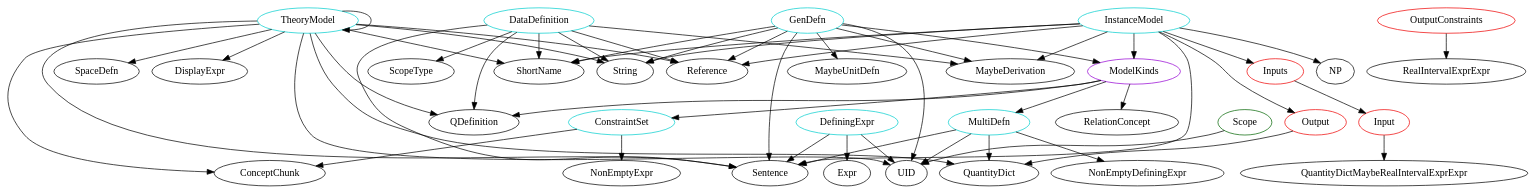
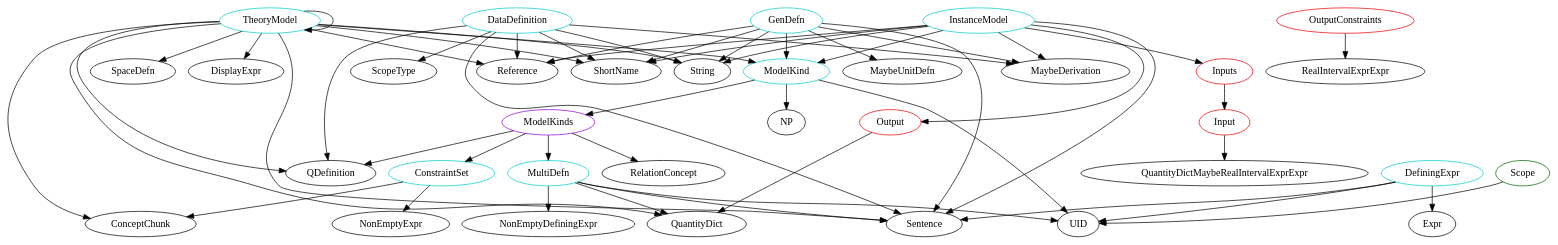
Before and after one commit to JacquesCarette/Drasil: the diagram in analysis/TypeDependencyGraphs/theory.dot, drawn with Graphviz. The commit also changed 622 other files, not shown here.

```diff
--- a/analysis/TypeDependencyGraphs/theory.dot
+++ b/analysis/TypeDependencyGraphs/theory.dot
@@ -1,114 +1,118 @@
 digraph alltypes {
 	subgraph teoryconcepths {
 	}
 	subgraph clasess {
 	}
 	subgraph contraintsets {
 		subgraph constraintset{
 		ConstraintSet -> ConceptChunk;
 		ConstraintSet -> NonEmptyExpr;
 		ConstraintSet	[shape=oval, color=cyan3, label=ConstraintSet];
 		}
 	}
 	subgraph datadefinition {
 		subgraph datadefinition{
 		DataDefinition -> QDefinition;
 		DataDefinition -> ScopeType;
 		DataDefinition -> Reference;
 		DataDefinition -> MaybeDerivation;
 		DataDefinition -> ShortName;
 		DataDefinition -> String;
 		DataDefinition -> Sentence;
 		DataDefinition	[shape=oval, color=cyan3, label=DataDefinition];
 		}
 		subgraph scope{
 		Scope -> UID;
 		Scope	[shape=oval, color=darkgreen, label=Scope];
 		}
 	}
 	subgraph gendefn {
 		subgraph gendefn{
-		GenDefn -> UID;
-		GenDefn -> ModelKinds;
+		GenDefn -> ModelKind;
 		GenDefn -> MaybeUnitDefn;
 		GenDefn -> MaybeDerivation;
 		GenDefn -> Reference;
 		GenDefn -> ShortName;
 		GenDefn -> String;
 		GenDefn -> Sentence;
 		GenDefn	[shape=oval, color=cyan3, label=GenDefn];
 		}
 	}
 	subgraph intancemodels {
 		subgraph instancemodel{
-		InstanceModel -> ModelKinds;
-		InstanceModel -> NP;
+		InstanceModel -> ModelKind;
 		InstanceModel -> Inputs;
 		InstanceModel -> Output;
 		InstanceModel -> Reference;
 		InstanceModel -> MaybeDerivation;
 		InstanceModel -> ShortName;
 		InstanceModel -> String;
 		InstanceModel -> Sentence;
 		InstanceModel	[shape=oval, color=cyan3, label=InstanceModel];
 		}
 		subgraph input{
 		Input -> QuantityDictMaybeRealIntervalExprExpr;
 		Input	[shape=oval, color=red2, label=Input];
 		}
 		subgraph inputs{
 		Inputs -> Input;
 		Inputs	[shape=oval, color=red2, label=Inputs];
 		}
 		subgraph output{
 		Output -> QuantityDict;
 		Output	[shape=oval, color=red2, label=Output];
 		}
 		subgraph outputconstraints{
 		OutputConstraints -> RealIntervalExprExpr;
 		OutputConstraints	[shape=oval, color=red2, label=OutputConstraints];
 		}
 	}
 	subgraph modelkinds {
+		subgraph modelkind{
+		ModelKind -> ModelKinds;
+		ModelKind -> UID;
+		ModelKind -> NP;
+		ModelKind	[shape=oval, color=cyan3, label=ModelKind];
+		}
 		subgraph modelkinds{
 		ModelKinds -> RelationConcept;
 		ModelKinds -> ConstraintSet;
 		ModelKinds -> QDefinition;
 		ModelKinds -> MultiDefn;
 		ModelKinds	[shape=oval, color=darkviolet, label=ModelKinds];
 		}
 	}
 	subgraph multidefn {
 		subgraph definingexpr{
 		DefiningExpr -> UID;
 		DefiningExpr -> Sentence;
 		DefiningExpr -> Expr;
 		DefiningExpr	[shape=oval, color=cyan3, label=DefiningExpr];
 		}
 		subgraph multidefn{
 		MultiDefn -> UID;
 		MultiDefn -> QuantityDict;
 		MultiDefn -> Sentence;
 		MultiDefn -> NonEmptyDefiningExpr;
 		MultiDefn	[shape=oval, color=cyan3, label=MultiDefn];
 		}
 	}
 	subgraph teoryh {
 		subgraph theorymodel{
-		TheoryModel -> UID;
-		TheoryModel -> ConceptChunk;
+		TheoryModel -> ModelKind;
 		TheoryModel -> TheoryModel;
 		TheoryModel -> SpaceDefn;
 		TheoryModel -> QuantityDict;
+		TheoryModel -> ConceptChunk;
 		TheoryModel -> QDefinition;
 		TheoryModel -> DisplayExpr;
 		TheoryModel -> Reference;
 		TheoryModel -> ShortName;
 		TheoryModel -> String;
 		TheoryModel -> Sentence;
 		TheoryModel	[shape=oval, color=cyan3, label=TheoryModel];
 		}
 	}
 	subgraph drails {
 	}
 }
```
